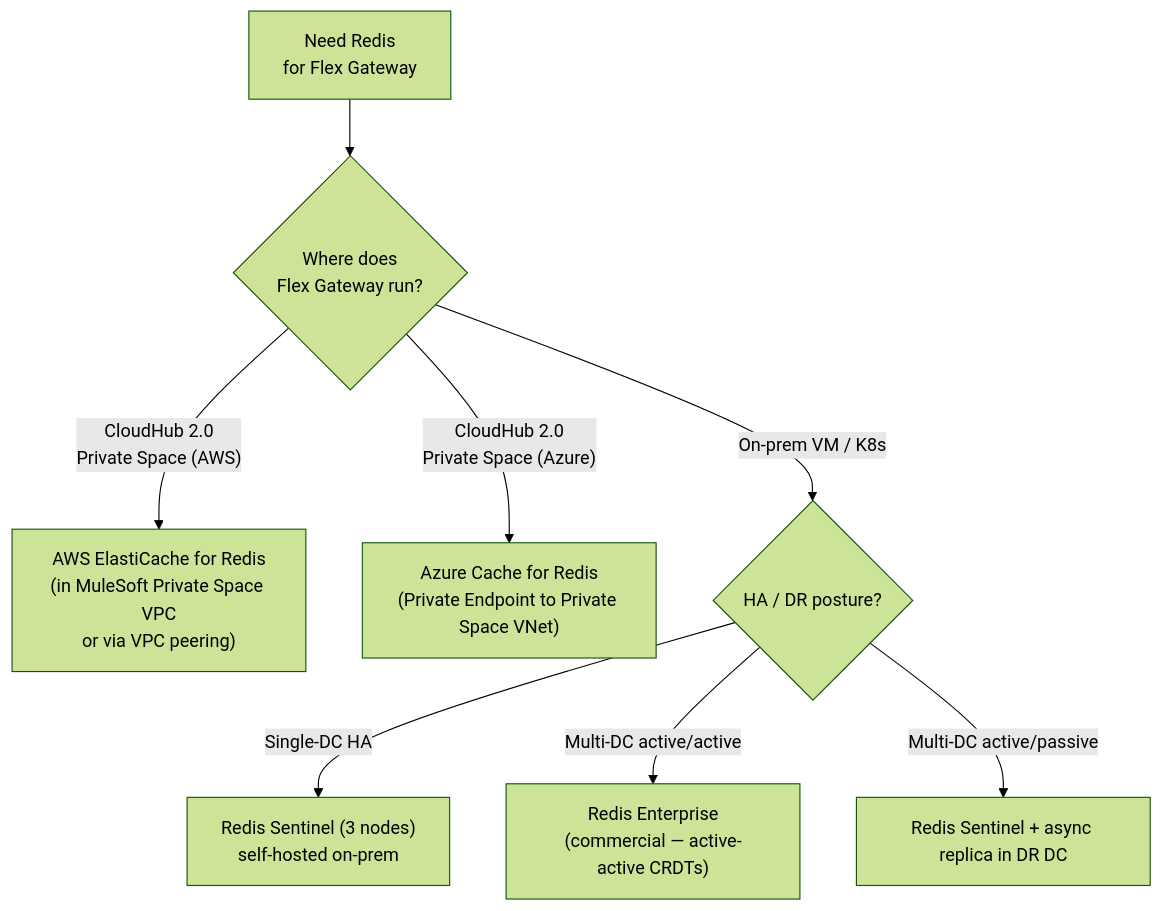
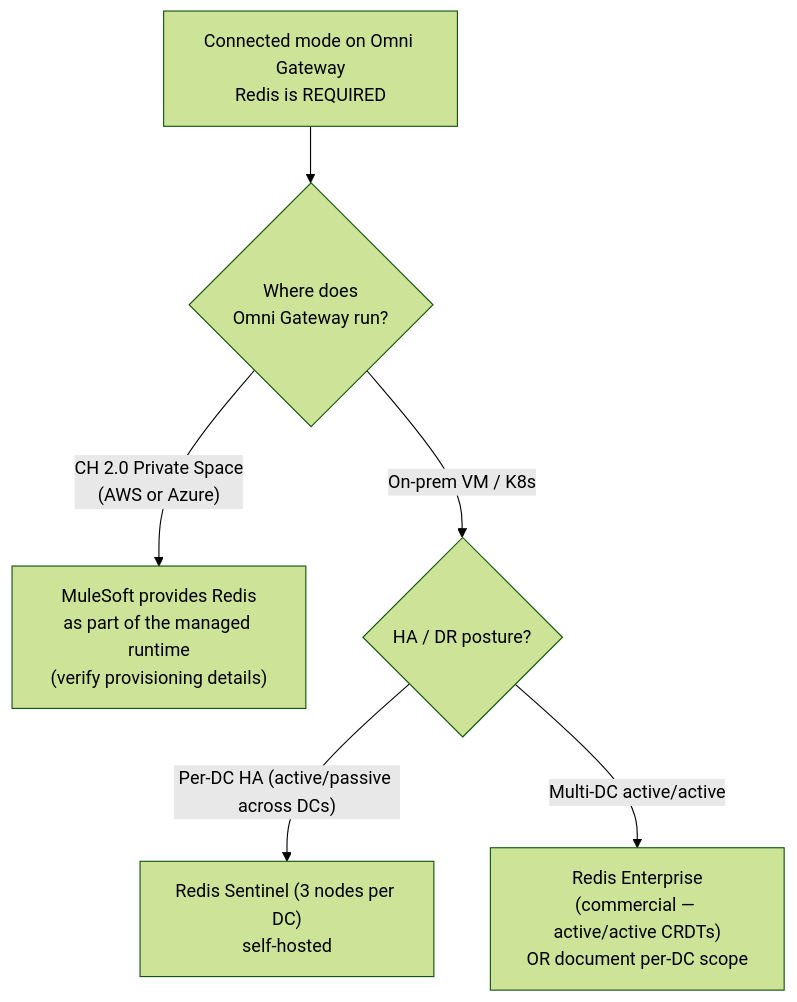
Before and after one commit to kantheti73/MulesoftArchitecture: the first of 2 diagrams in docs/10-redis-cache.md, drawn with Mermaid (forest theme). The commit also changed other lines of this file and 2 other files, not shown here.

First line of the commit message:
Correct doc 10 - Redis is REQUIRED in Connected mode (per MuleSoft docs)

````diff
--- a/docs/10-redis-cache.md
+++ b/docs/10-redis-cache.md
@@ -66,11 +103,9 @@
 ```mermaid
 flowchart TB
-    A["Need Redis<br/>for Flex Gateway"]
-    A --> Q1{"Where does<br/>Flex Gateway run?"}
-    Q1 -->|"CloudHub 2.0<br/>Private Space (AWS)"| O1["AWS ElastiCache for Redis<br/>(in MuleSoft Private Space VPC<br/>or via VPC peering)"]
-    Q1 -->|"CloudHub 2.0<br/>Private Space (Azure)"| O2["Azure Cache for Redis<br/>(Private Endpoint to Private Space VNet)"]
+    A["Connected mode on Omni Gateway<br/>Redis is REQUIRED"]
+    A --> Q1{"Where does<br/>Omni Gateway run?"}
+    Q1 -->|"CH 2.0 Private Space<br/>(AWS or Azure)"| S1["MuleSoft provides Redis<br/>as part of the managed runtime<br/>(verify provisioning details)"]
     Q1 -->|"On-prem VM / K8s"| Q2{"HA / DR posture?"}
-    Q2 -->|"Single-DC HA"| O3["Redis Sentinel (3 nodes)<br/>self-hosted on-prem"]
-    Q2 -->|"Multi-DC active/active"| O4["Redis Enterprise<br/>(commercial — active-active CRDTs)"]
-    Q2 -->|"Multi-DC active/passive"| O5["Redis Sentinel + async replica in DR DC"]
+    Q2 -->|"Per-DC HA (active/passive across DCs)"| O3["Redis Sentinel (3 nodes per DC)<br/>self-hosted"]
+    Q2 -->|"Multi-DC active/active"| O4["Redis Enterprise<br/>(commercial — active/active CRDTs)<br/>OR document per-DC scope"]
 ```
````
